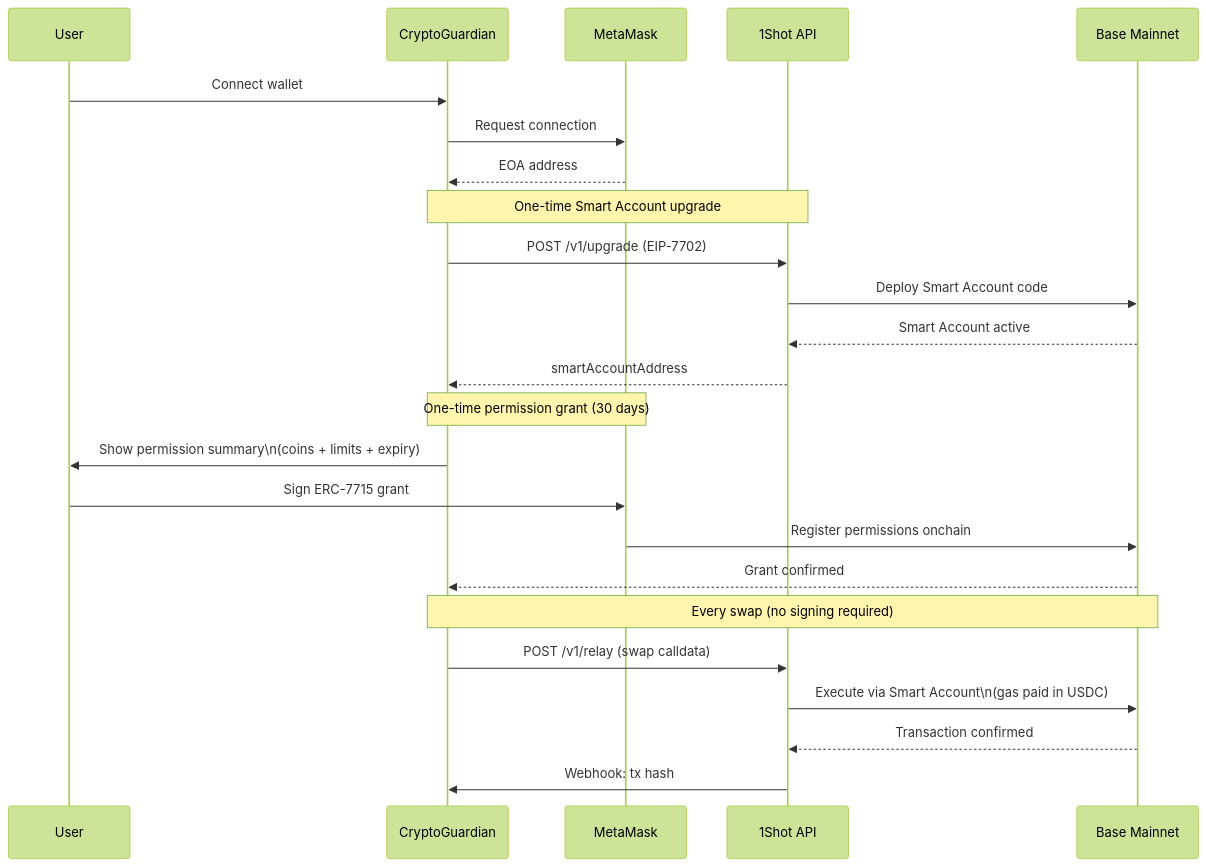
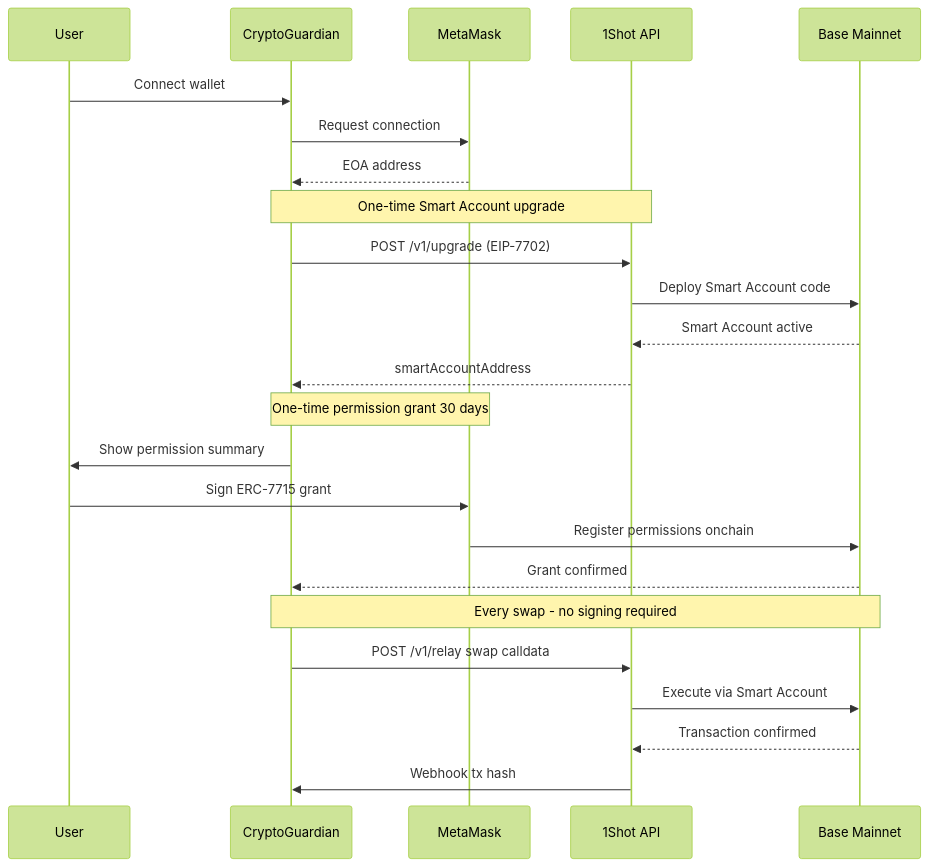
The third of 4 diagrams in README.md (ryzen-xp/Crypto-Guardian), drawn with Mermaid (forest theme) before and after one commit. The commit also changed other lines of this file, not shown here.

First line of the commit message:
docs: Update architecture diagrams for clarity and consistency

````diff
--- a/README.md
+++ b/README.md
@@ -140,33 +121,33 @@
 ```mermaid
 sequenceDiagram
     participant U as User
     participant App as CryptoGuardian
     participant MM as MetaMask
     participant OS as 1Shot API
     participant BC as Base Mainnet
 
     U->>App: Connect wallet
     App->>MM: Request connection
     MM-->>App: EOA address
 
     Note over App,OS: One-time Smart Account upgrade
 
     App->>OS: POST /v1/upgrade (EIP-7702)
     OS->>BC: Deploy Smart Account code
     BC-->>OS: Smart Account active
     OS-->>App: smartAccountAddress
 
-    Note over App,MM: One-time permission grant (30 days)
+    Note over App,MM: One-time permission grant 30 days
 
-    App->>U: Show permission summary\n(coins + limits + expiry)
+    App->>U: Show permission summary
     U->>MM: Sign ERC-7715 grant
     MM->>BC: Register permissions onchain
     BC-->>App: Grant confirmed
 
-    Note over App,BC: Every swap (no signing required)
+    Note over App,BC: Every swap - no signing required
 
-    App->>OS: POST /v1/relay (swap calldata)
-    OS->>BC: Execute via Smart Account\n(gas paid in USDC)
+    App->>OS: POST /v1/relay swap calldata
+    OS->>BC: Execute via Smart Account
     BC-->>OS: Transaction confirmed
-    OS->>App: Webhook: tx hash
+    OS->>App: Webhook tx hash
 ```
````
